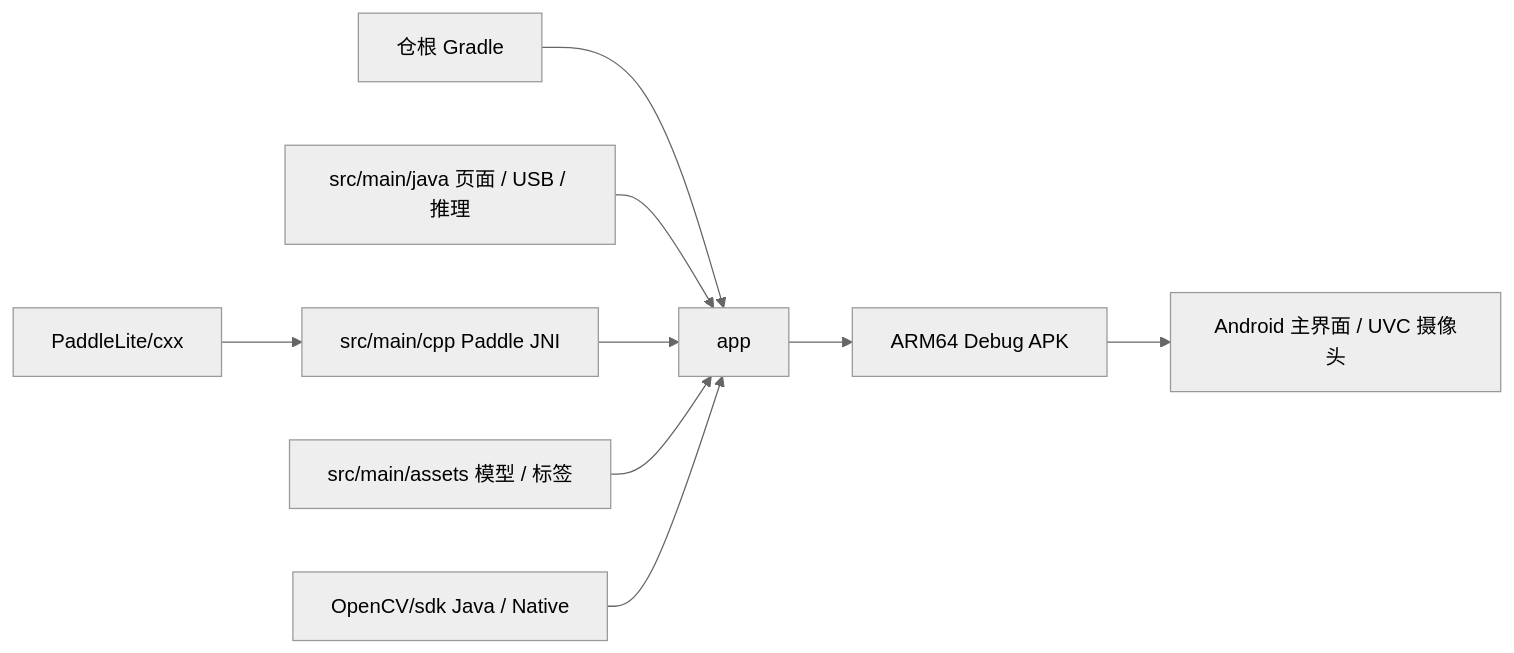
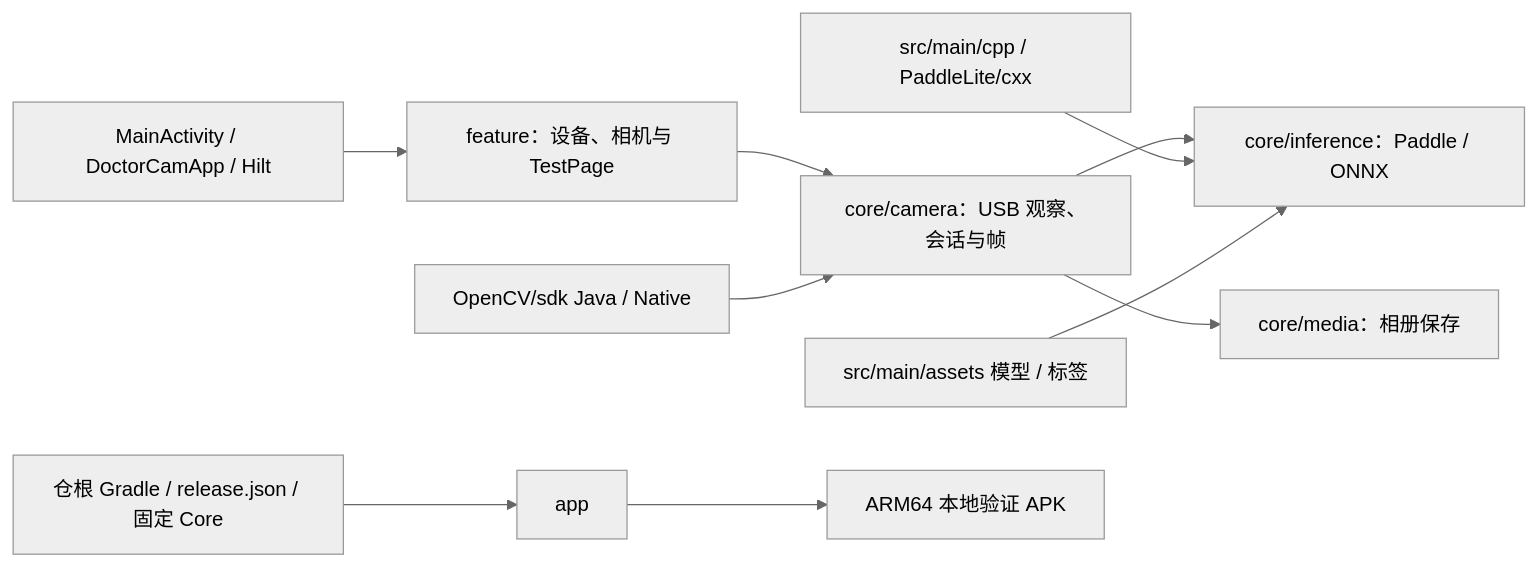
One commit to darren-you/doctor-cam changed the diagram in app/README.md. Above: the diagram before and after it, drawn with Mermaid (neutral theme). The commit also changed other lines of this file and 92 other files, not shown here.

````diff
--- a/app/README.md
+++ b/app/README.md
@@ -7,11 +7,12 @@
 ```mermaid
 flowchart LR
-    root[仓根 Gradle] --> app[app]
-    java[src/main/java 页面 / USB / 推理] --> app
-    cpp[src/main/cpp Paddle JNI] --> app
-    assets[src/main/assets 模型 / 标签] --> app
-    opencv[OpenCV/sdk Java / Native] --> app
-    paddle[PaddleLite/cxx] --> cpp
-    app --> apk[ARM64 Debug APK]
-    apk --> android[Android 主界面 / UVC 摄像头]
+    root[仓根 Gradle / release.json / 固定 Core] --> app[app]
+    entry[MainActivity / DoctorCamApp / Hilt] --> features[feature：设备、相机与 TestPage]
+    features --> camera[core/camera：USB 观察、会话与帧]
+    camera --> inference[core/inference：Paddle / ONNX]
+    camera --> media[core/media：相册保存]
+    opencv[OpenCV/sdk Java / Native] --> camera
+    cpp[src/main/cpp / PaddleLite/cxx] --> inference
+    assets[src/main/assets 模型 / 标签] --> inference
+    app --> apk[ARM64 本地验证 APK]
 ```
````
